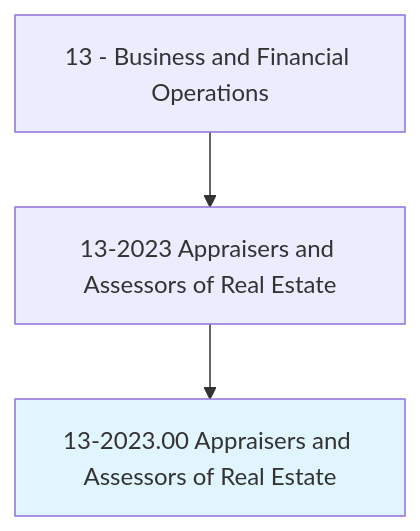
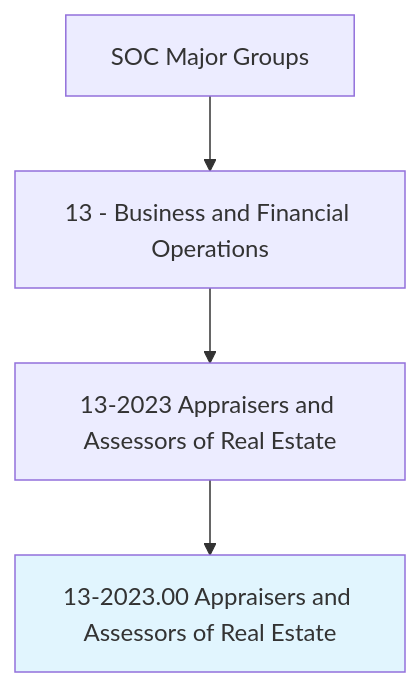
Before and after one commit to kziemski/business.org.ai: the first of 4 diagrams in occupations/Business/AppraisersAndAssessorsOfRealEstate.mdx, drawn with Mermaid. The commit also changed other lines of this file and 938 other files, not shown here.

````diff
--- a/occupations/Business/AppraisersAndAssessorsOfRealEstate.mdx
+++ b/occupations/Business/AppraisersAndAssessorsOfRealEstate.mdx
@@ -19,6 +25,7 @@
 ```mermaid
 graph TD
-    Cat13["13 - Business and Financial Operations"] --> Group132023["13-2023 Appraisers and Assessors of Real Estate"]
-    Group132023 --> Current["13-2023.00 Appraisers and Assessors of Real Estate"]
+    SOC["SOC Major Groups"] --> Cat13["13 - Business and Financial Operations"]
+    Cat13 --> G132023["13-2023 Appraisers and Assessors of Real Estate"]
+    G132023 --> Current["13-2023.00 Appraisers and Assessors of Real Estate"]
     style Current fill:#e1f5fe
 ```
````
